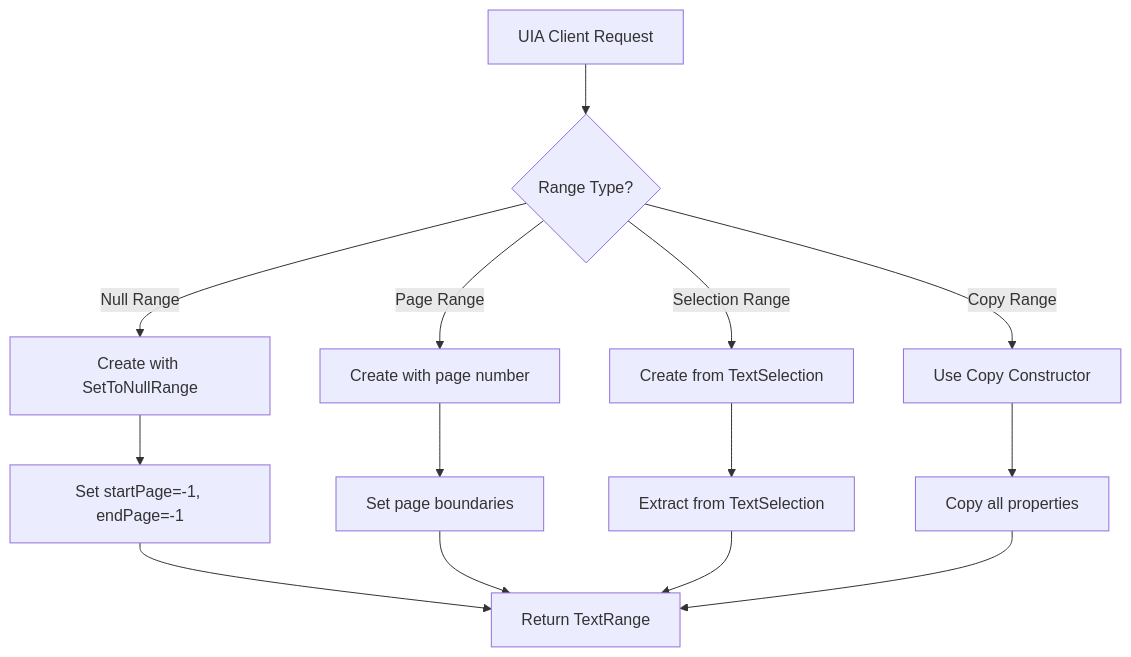
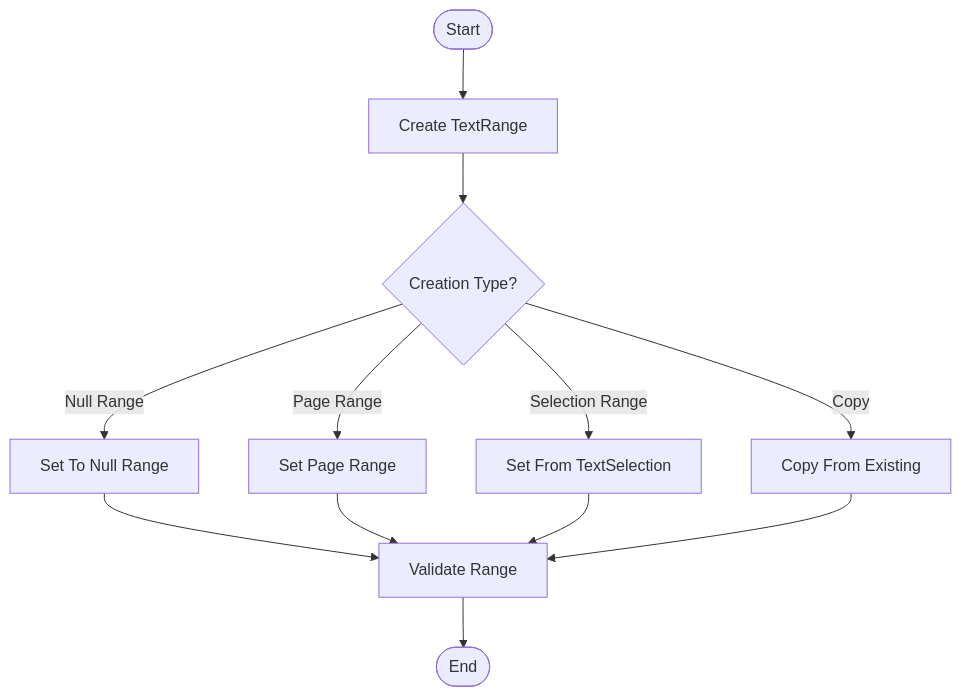
The fourth of 5 diagrams in docs/sumatrapdfreader--sumatrapdf-docs/text_range.md (FSoft-AI4Code/codewiki-demo), drawn with Mermaid before and after one commit. The commit also changed other lines of this file and 1103 other files, not shown here.

````diff
--- a/docs/sumatrapdfreader--sumatrapdf-docs/text_range.md
+++ b/docs/sumatrapdfreader--sumatrapdf-docs/text_range.md
@@ -157,18 +152,17 @@
 ```mermaid
-flowchart TD
-    A[UIA Client Request] --> B{Range Type?}
-    B -->|Null Range| C[Create with SetToNullRange]
-    B -->|Page Range| D[Create with page number]
-    B -->|Selection Range| E[Create from TextSelection]
-    B -->|Copy Range| F[Use Copy Constructor]
+graph TD
+    Start([Start]) --> Create[Create TextRange]
+    Create --> Type{Creation Type?}
     
-    C --> G[Set startPage=-1, endPage=-1]
-    D --> H[Set page boundaries]
-    E --> I[Extract from TextSelection]
-    F --> J[Copy all properties]
+    Type -->|Null Range| SetNull[Set To Null Range]
+    Type -->|Page Range| SetPage[Set Page Range]
+    Type -->|Selection Range| SetSelection[Set From TextSelection]
+    Type -->|Copy| SetCopy[Copy From Existing]
     
-    G --> K[Return TextRange]
-    H --> K
-    I --> K
-    J --> K
+    SetNull --> Validate[Validate Range]
+    SetPage --> Validate
+    SetSelection --> Validate
+    SetCopy --> Validate
+    
+    Validate --> End([End])
 ```
````
